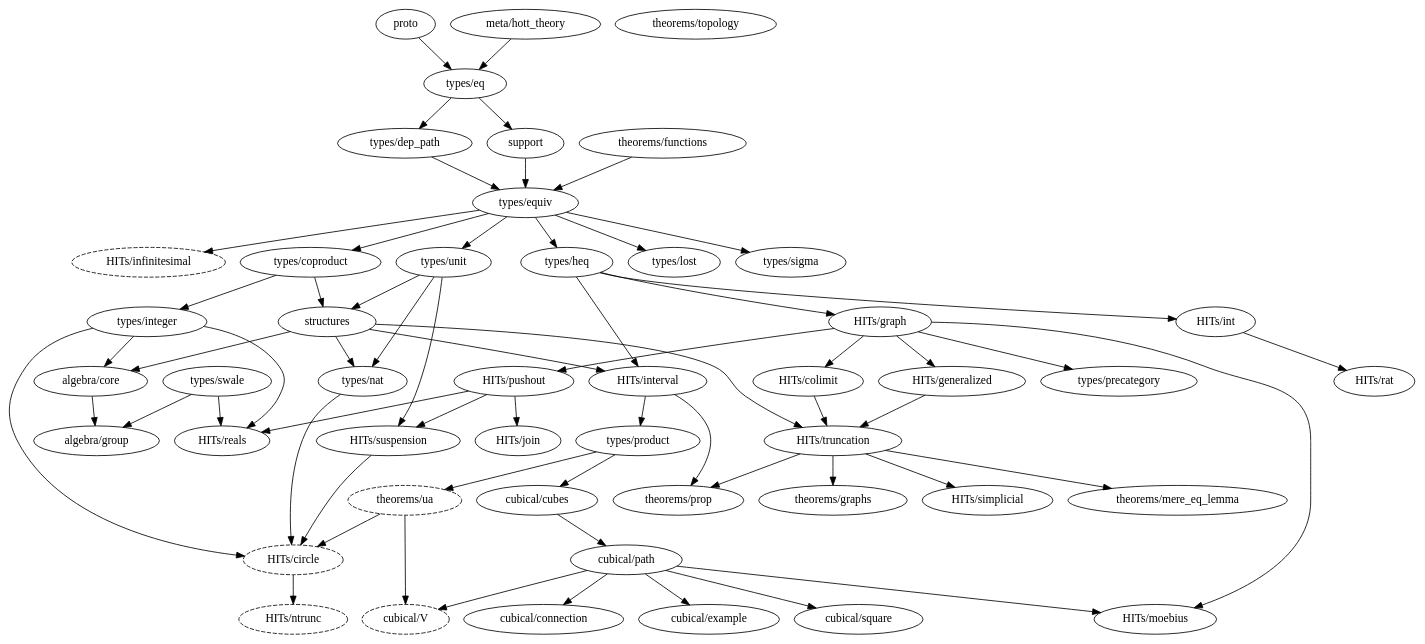
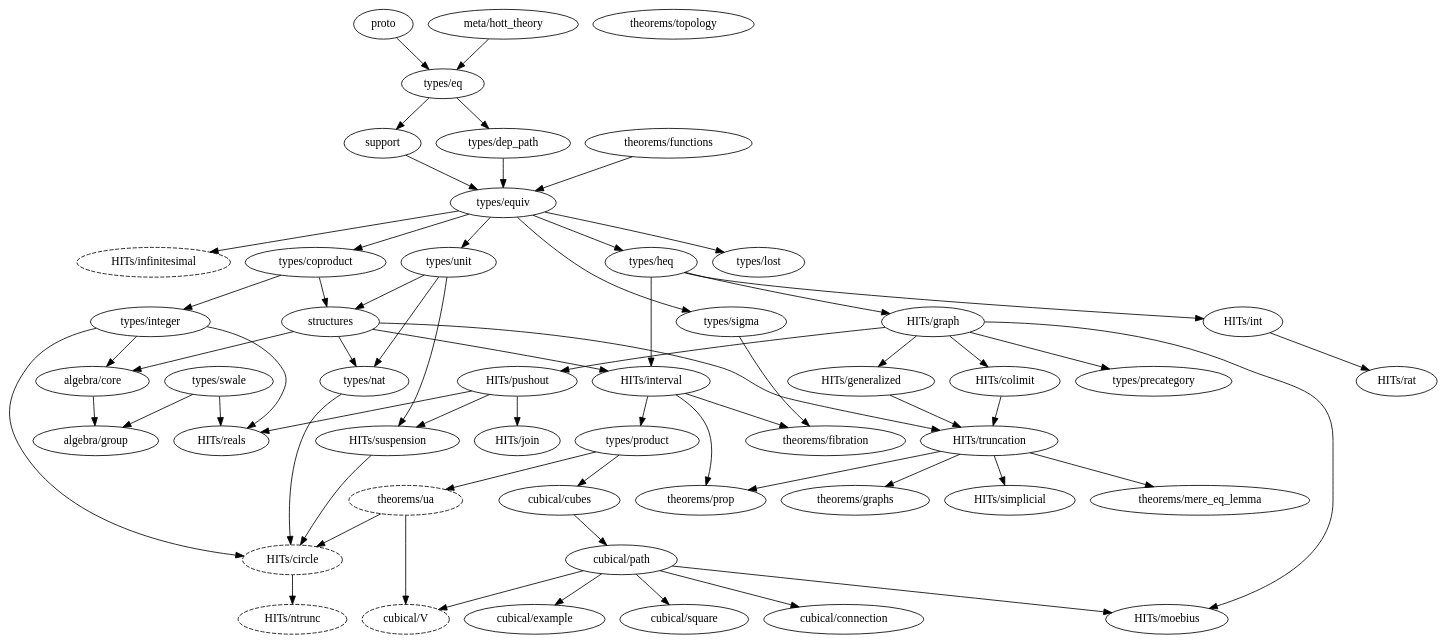
Before and after one commit to forked-from-1kasper/ground_zero: the diagram in dependency_map.gv, drawn with Graphviz. The commit also changed 5 other files, not shown here.

```diff
--- a/dependency_map.gv
+++ b/dependency_map.gv
@@ -1,109 +1,114 @@
 digraph dependency_map {
   proto -> "types/eq"
   "meta/hott_theory" -> "types/eq"
   support -> "types/equiv"
   structures -> {
     "HITs/interval",
     "HITs/truncation",
     "algebra/core",
     "types/nat"
   }
 
   subgraph univalence {
     node [style=dashed]
     "HITs/circle"
     "HITs/infinitesimal"
     "HITs/ntrunc"
     "theorems/ua"
     "cubical/V"
   }
 
   subgraph algebra {
     "algebra/core" -> "algebra/group"
     "algebra/group"
   }
 
   subgraph types {
     "types/coproduct" -> { "types/integer", structures }
     "types/dep_path" -> "types/equiv"
     "types/eq" -> { "types/dep_path", support }
     "types/equiv" -> {
       "types/heq",
       "HITs/infinitesimal",
       "types/coproduct",
       "types/lost",
       "types/unit",
       "types/sigma"
     }
     "types/heq" -> {
       "HITs/int",
       "HITs/interval",
       "HITs/graph"
     }
     "types/integer" -> { "HITs/circle", "HITs/reals", "algebra/core" }
     "types/lost"
     "types/nat" -> { "HITs/circle" }
     "types/product" -> { "cubical/cubes", "theorems/ua" }
-    "types/sigma"
+    "types/sigma" -> { "theorems/fibration" }
     "types/swale" -> { "HITs/reals", "algebra/group" }
     "types/unit" -> { structures, "HITs/suspension", "types/nat" }
   }
 
   subgraph HITs {
     "HITs/circle" -> "HITs/ntrunc"
     "HITs/colimit" -> "HITs/truncation"
     "HITs/generalized" -> "HITs/truncation"
     "HITs/graph" -> {
       "HITs/colimit",
       "HITs/generalized",
       "HITs/pushout",
       "HITs/moebius",
       "types/precategory"
     }
     "HITs/infinitesimal"
     "HITs/int" -> "HITs/rat"
-    "HITs/interval" -> { "types/product", "theorems/prop" }
+    "HITs/interval" -> {
+      "types/product",
+      "theorems/prop",
+      "theorems/fibration"
+    }
     "HITs/join"
     "HITs/moebius"
     "HITs/ntrunc"
     "HITs/pushout" -> {
       "HITs/join",
       "HITs/reals",
       "HITs/suspension"
     }
     "HITs/rat"
     "HITs/reals"
     "HITs/simplicial"
     "HITs/suspension" -> "HITs/circle"
     "HITs/truncation" -> {
       "theorems/mere_eq_lemma",
       "theorems/prop",
       "theorems/graphs",
       "HITs/simplicial"
     }
   }
 
   subgraph cubical {
     "cubical/connection"
     "cubical/cubes" -> "cubical/path"
     "cubical/example"
     "cubical/path" -> {
       "cubical/square",
       "cubical/example",
       "cubical/V",
       "cubical/connection",
       "HITs/moebius"
     }
     "cubical/square"
     "cubical/V"
   }
 
   subgraph theorems {
+    "theorems/fibration"
     "theorems/functions" -> "types/equiv"
     "theorems/graphs"
     "theorems/mere_eq_lemma"
     "theorems/prop"
     "theorems/topology"
     "theorems/ua" -> { "HITs/circle", "cubical/V" }
   }
 }
```
